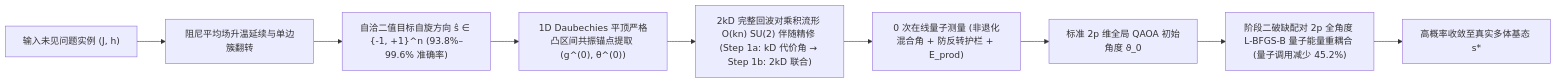
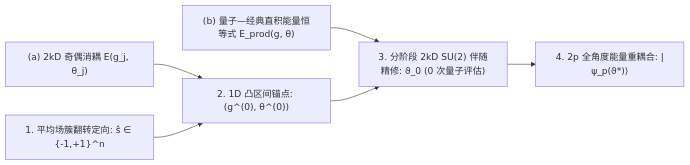
Before and after one commit to jollyxenon/Echo-MF-2kD: the diagram in paper/paper2-ncs-zh.md, drawn with Mermaid. The commit also changed other lines of this file and 21 other files, not shown here.

````diff
--- a/paper/paper2-ncs-zh.md
+++ b/paper/paper2-ncs-zh.md
@@ -23,12 +23,8 @@
 ```mermaid
 flowchart LR
-    A["输入未见问题实例 (J, h)"] --> B["阻尼平均场升温延续与单边簇翻转"]
-    B --> C["自洽二值目标自旋方向 ŝ ∈ {-1, +1}^n (93.8%–99.6% 准确率)"]
-    D["1D Daubechies 平顶严格凸区间共振锚点提取 (g^(0), θ^(0))"]
-    C --> D
-    D --> E["2kD 完整回波对乘积流形 O(kn) SU(2) 伴随精修 (Step 1a: kD 代价角 → Step 1b: 2kD 联合)"]
-    E --> F["0 次在线量子测量 (非退化混合角 + 防反转护栏 + E_prod)"]
-    F --> G["标准 2p 维全局 QAOA 初始角度 ϑ_0"]
-    G --> H["阶段二破缺配对 2p 全角度 L-BFGS-B 量子能量重耦合 (量子调用减少 45.2%)"]
-    H --> I["高概率收敛至真实多体基态 s*"]
+    P["(a) 2kD 奇偶消耦 E(g_j, θ_j)"] --> A
+    I["(b) 量子—经典直积能量恒等式 E_prod(g, θ)"] --> R
+    O["1. 平均场簇翻转定向: ŝ ∈ {-1,+1}^n"] --> A["2. 1D 凸区间锚点: (g^(0), θ^(0))"]
+    A --> R["3. 分阶段 2kD SU(2) 伴随精修: ϑ_0 (0 次量子评估)"]
+    R --> Q["4. 2p 全角度能量重耦合: |ψ_p(ϑ*)⟩"]
 ```
````
